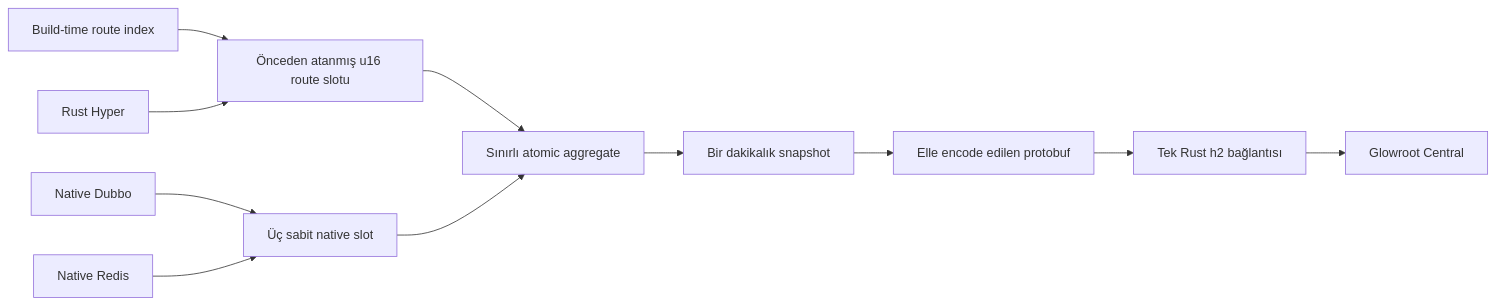
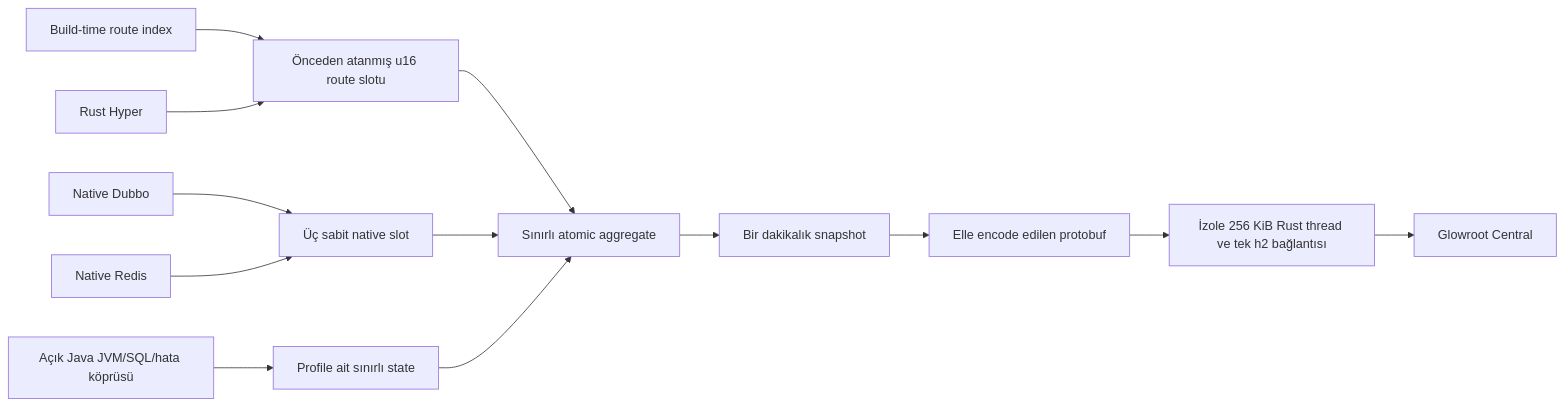
Before and after one commit to esasmer-dou/java-rust-glowroot-agent: the diagram in docs/UPSTREAM_ANALYSIS.tr.md, drawn with Mermaid. The commit also changed other lines of this file and 36 other files, not shown here.

````diff
--- a/docs/UPSTREAM_ANALYSIS.tr.md
+++ b/docs/UPSTREAM_ANALYSIS.tr.md
@@ -71,13 +76,15 @@
 ```mermaid
 flowchart LR
     A["Build-time route index"] --> B["Önceden atanmış u16 route slotu"]
     H["Rust Hyper"] --> B
     D["Native Dubbo"] --> C["Üç sabit native slot"]
     R["Native Redis"] --> C
+    J["Açık Java JVM/SQL/hata köprüsü"] --> O["Profile ait sınırlı state"]
     B --> M["Sınırlı atomic aggregate"]
     C --> M
+    O --> M
     M --> S["Bir dakikalık snapshot"]
     S --> P["Elle encode edilen protobuf"]
-    P --> X["Tek Rust h2 bağlantısı"]
+    P --> X["İzole 256 KiB Rust thread ve tek h2 bağlantısı"]
     X --> G["Glowroot Central"]
 ```
````
